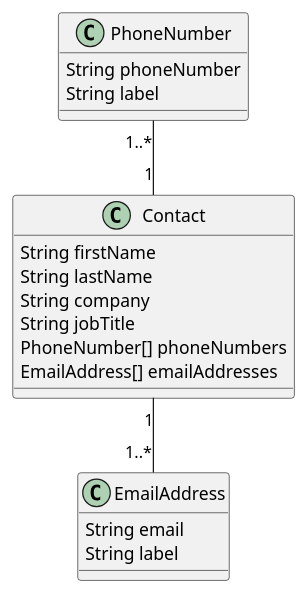
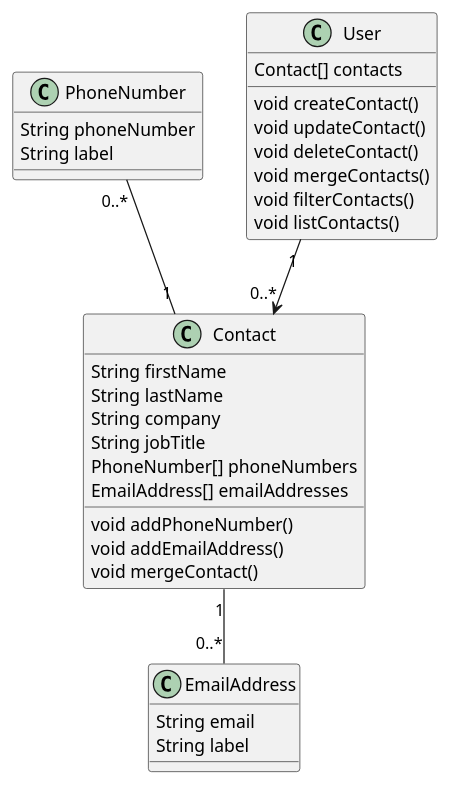
One commit to btsogtbaatar/cs489-quiz changed the diagram in classDiagram.wsd. Above: the diagram before and after it, drawn with PlantUML. The commit also changed 3 other files, not shown here.

Commit message:
update a class diagram

```diff
--- a/classDiagram.wsd
+++ b/classDiagram.wsd
@@ -1,25 +1,41 @@
 @startuml "ContactAppClassDiagram"
 
 class Contact {
     String firstName
     String lastName
     String company
     String jobTitle
     PhoneNumber[] phoneNumbers
     EmailAddress[] emailAddresses
+
+    void addPhoneNumber()
+    void addEmailAddress()
+    void mergeContact()
 }
 
 class PhoneNumber {
     String phoneNumber
     String label
 }
 
 class EmailAddress {
     String email
     String label
 }
 
-Contact "1" -u- "1..*" PhoneNumber
-Contact "1" -d- "1..*" EmailAddress
+class User {
+    Contact[] contacts
+
+    void createContact()
+    void updateContact()
+    void deleteContact()
+    void mergeContacts()
+    void filterContacts()
+    void listContacts()
+}
+
+Contact "1" -u- "0..*" PhoneNumber
+Contact "1" -d- "0..*" EmailAddress
+User "1" -d-> "0..*" Contact
 
 @enduml
```
